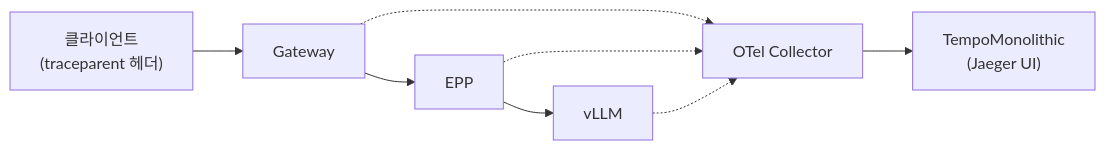
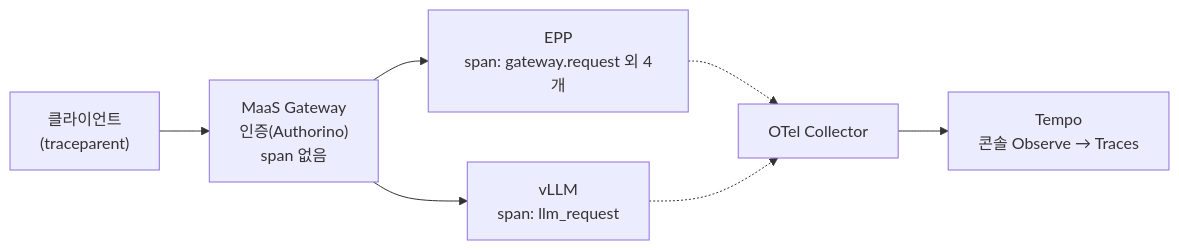
The diagram in docs/scenarios/25-e2e-tracing.md (jangminjun/openshift-ai-llmd-demo), drawn with Mermaid before and after one commit. The commit also changed other lines of this file and 7 other files, not shown here.

````diff
--- a/docs/scenarios/25-e2e-tracing.md
+++ b/docs/scenarios/25-e2e-tracing.md
@@ -14,8 +12,8 @@
 ```mermaid
 flowchart LR
-    C["클라이언트\n(traceparent 헤더)"] --> GW["Gateway"] --> EPP["EPP"] --> V["vLLM"]
-    GW -.-> OC["OTel Collector"]
-    EPP -.-> OC
+    C["클라이언트<br/>(traceparent)"] --> GW["MaaS Gateway<br/>인증(Authorino)<br/>span 없음"]
+    GW --> EPP["EPP<br/>span: gateway.request 외 4개"]
+    GW --> V["vLLM<br/>span: llm_request"]
+    EPP -.-> OC["OTel Collector"] --> T["Tempo<br/>콘솔 Observe → Traces"]
     V -.-> OC
-    OC --> T["TempoMonolithic\n(Jaeger UI)"]
 ```
````
